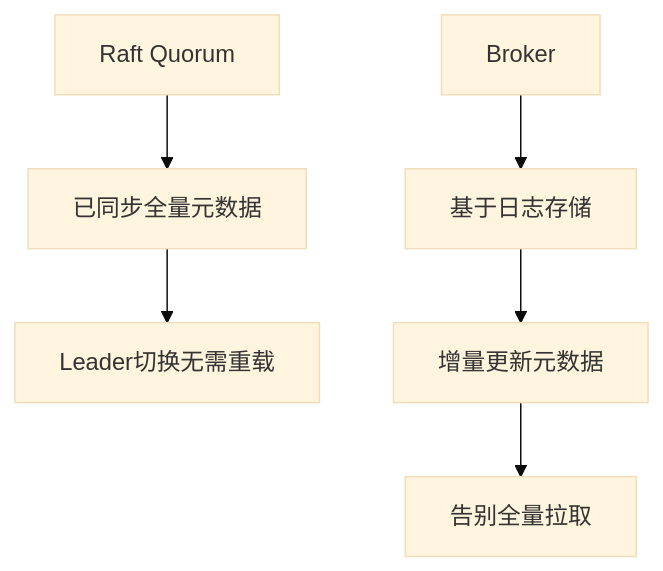
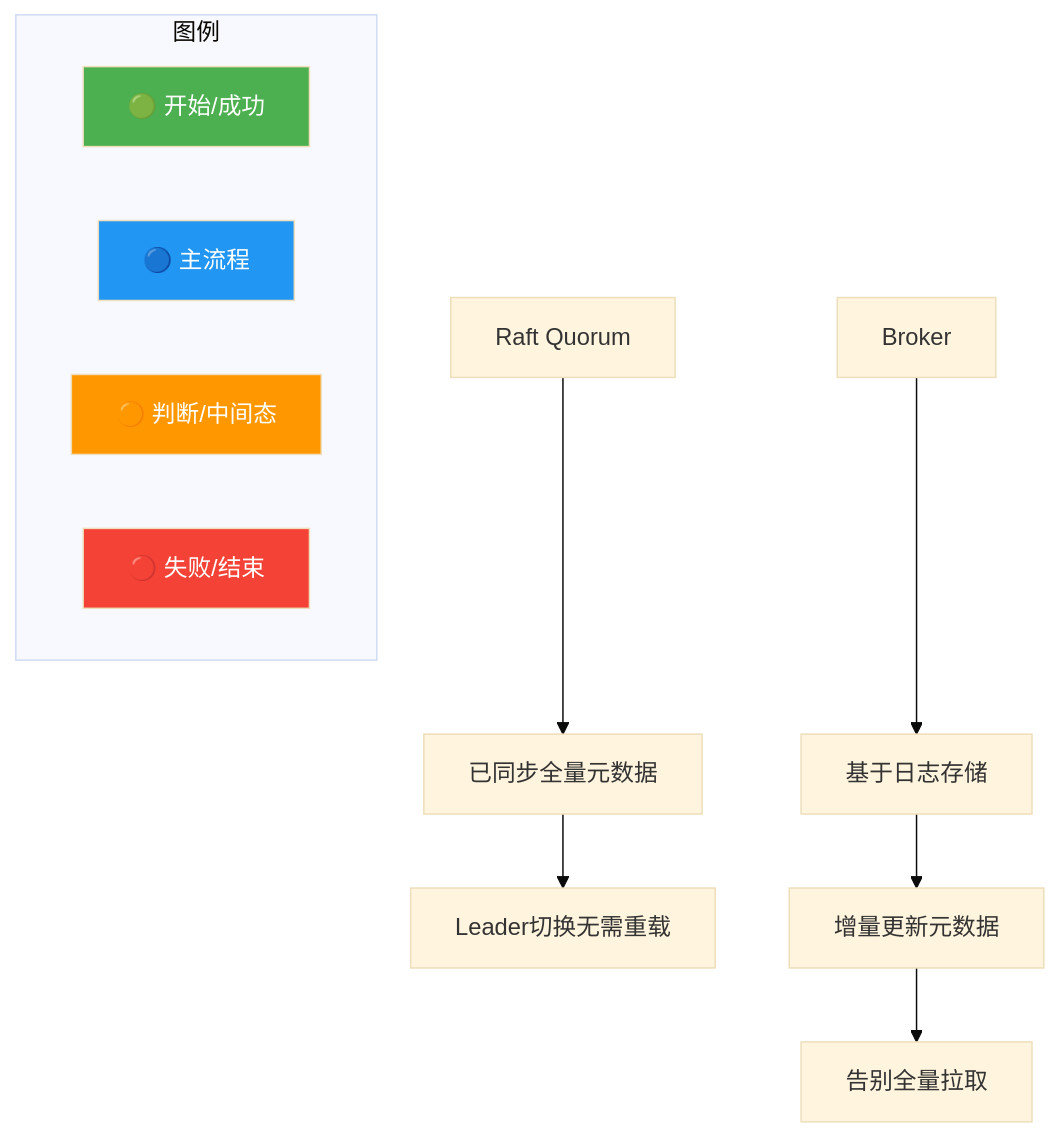
One commit to SunArthur86/interview-2026 changed the diagram in questions/middleware/mq-047.md. Above: the diagram before and after it, drawn with Mermaid (base theme). The commit also changed other lines of this file and 3180 other files, not shown here.

First line of the commit message:
Mermaid颜色增强99% + 面试频率分类(高频1571/中频1115/低频461)

````diff
--- a/questions/middleware/mq-047.md
+++ b/questions/middleware/mq-047.md
@@ -96,8 +97,28 @@
 ```mermaid
 flowchart TD
+    classDef start fill:#4CAF50,color:#fff
+    classDef process fill:#2196F3,color:#fff
+    classDef decision fill:#FF9800,color:#fff
+    classDef special fill:#9C27B0,color:#fff
+    classDef error fill:#f44336,color:#fff
+    classDef info fill:#607D8B,color:#fff
+    class Broker start
+    class Fast process
+    class Increment decision
+    class Log special
+    class NoPull error
+    class Quorum info
+    class Raft start
+    class Sync process
     Raft[Raft Quorum] --> Sync[已同步全量元数据]
     Sync --> Fast[Leader切换无需重载]
     Broker[Broker] --> Log[基于日志存储]
     Log --> Increment[增量更新元数据]
     Increment --> NoPull[告别全量拉取]
+    subgraph Legend["图例"]
+        L1["🟢 开始/成功"]:::start
+        L2["🔵 主流程"]:::process
+        L3["🟠 判断/中间态"]:::decision
+        L4["🔴 失败/结束"]:::error
+    end
 ```
````
